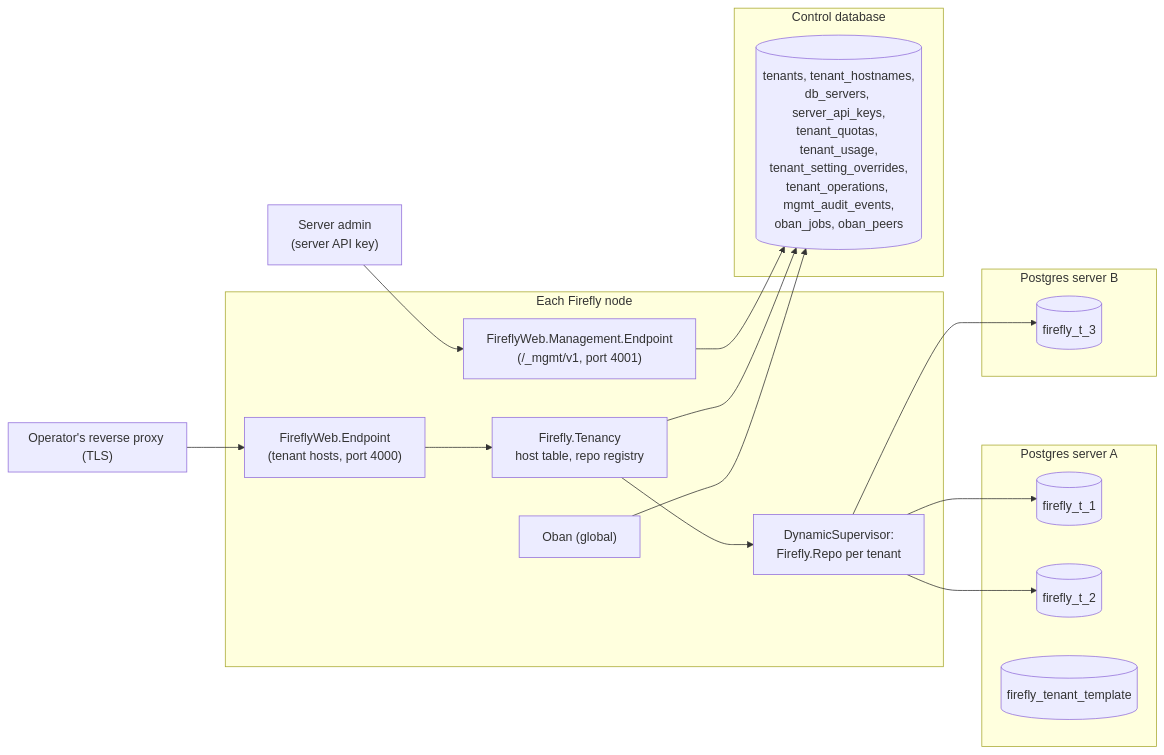
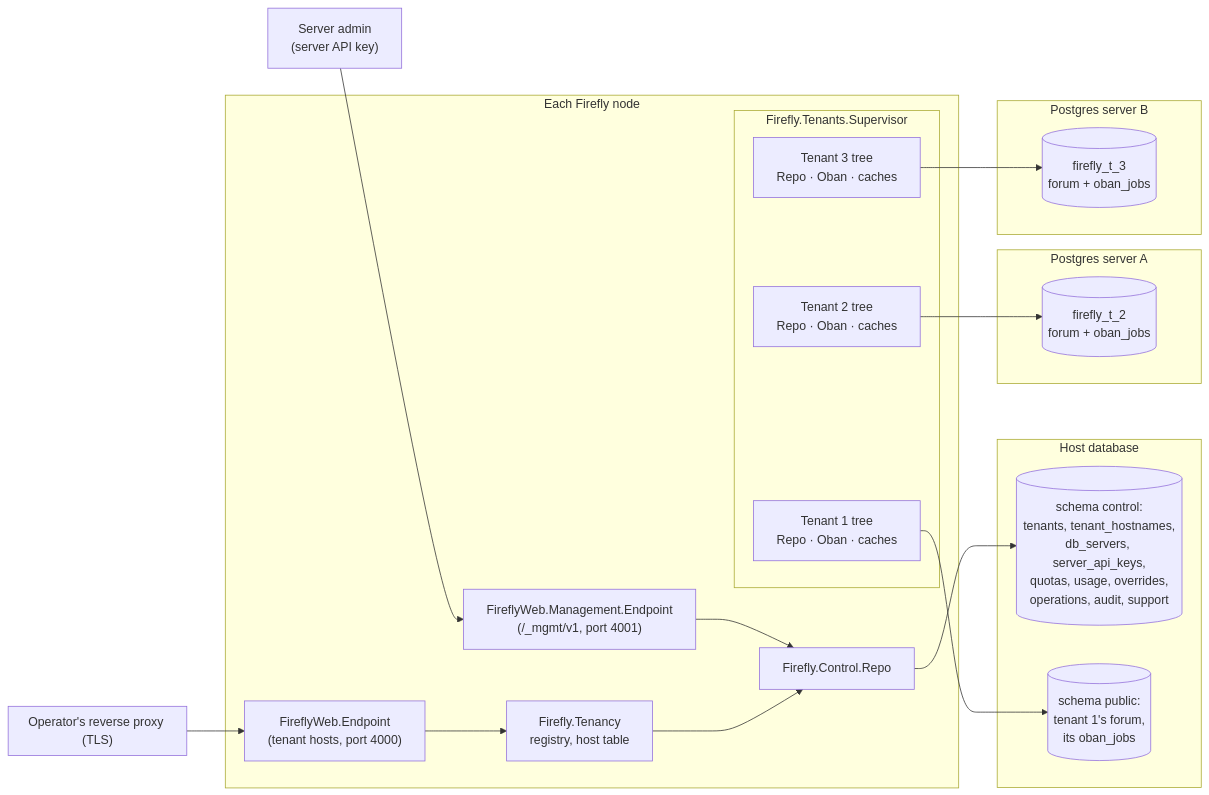
One commit to tznc/firefly changed the first of 2 diagrams in docs/multitenancy.md. Above: the diagram before and after it, drawn with Mermaid. The commit also changed other lines of this file, not shown here.

First line of the commit message:
Revise the multi-tenancy design: per-tenant supervision trees

````diff
--- a/docs/multitenancy.md
+++ b/docs/multitenancy.md
@@ -78,30 +116,34 @@
 ```mermaid
 flowchart LR
   subgraph Proxy["Operator's reverse proxy (TLS)"]
   end
   subgraph Node["Each Firefly node"]
     EP["FireflyWeb.Endpoint<br/>(tenant hosts, port 4000)"]
     MEP["FireflyWeb.Management.Endpoint<br/>(/_mgmt/v1, port 4001)"]
-    TEN["Firefly.Tenancy<br/>host table, repo registry"]
-    REPOS["DynamicSupervisor:<br/>Firefly.Repo per tenant"]
-    OBAN["Oban (global)"]
+    REG["Firefly.Tenancy<br/>registry, host table"]
+    CR["Firefly.Control.Repo"]
+    subgraph TS["Firefly.Tenants.Supervisor"]
+      T1S["Tenant 1 tree<br/>Repo · Oban · caches"]
+      T2S["Tenant 2 tree<br/>Repo · Oban · caches"]
+      T3S["Tenant 3 tree<br/>Repo · Oban · caches"]
+    end
   end
-  subgraph Control["Control database"]
-    CT[("tenants, tenant_hostnames,<br/>db_servers, server_api_keys,<br/>tenant_quotas, tenant_usage,<br/>tenant_setting_overrides,<br/>tenant_operations, mgmt_audit_events,<br/>oban_jobs, oban_peers")]
+  subgraph Host["Host database"]
+    C[("schema control:<br/>tenants, tenant_hostnames,<br/>db_servers, server_api_keys,<br/>quotas, usage, overrides,<br/>operations, audit, support")]
+    P1[("schema public:<br/>tenant 1's forum,<br/>its oban_jobs")]
   end
-  subgraph PG1["Postgres server A"]
-    T1[("firefly_t_1")]
-    T2[("firefly_t_2")]
-    TPL[("firefly_tenant_template")]
+  subgraph PGA["Postgres server A"]
+    D2[("firefly_t_2<br/>forum + oban_jobs")]
   end
-  subgraph PG2["Postgres server B"]
-    T3[("firefly_t_3")]
+  subgraph PGB["Postgres server B"]
+    D3[("firefly_t_3<br/>forum + oban_jobs")]
   end
   Proxy --> EP
   Ops["Server admin<br/>(server API key)"] --> MEP
-  EP --> TEN --> REPOS
-  MEP --> CT
-  TEN --> CT
-  OBAN --> CT
-  REPOS --> T1 & T2 & T3
+  EP --> REG
+  MEP --> CR --> C
+  REG --> CR
+  T1S --> P1
+  T2S --> D2
+  T3S --> D3
 ```
````
